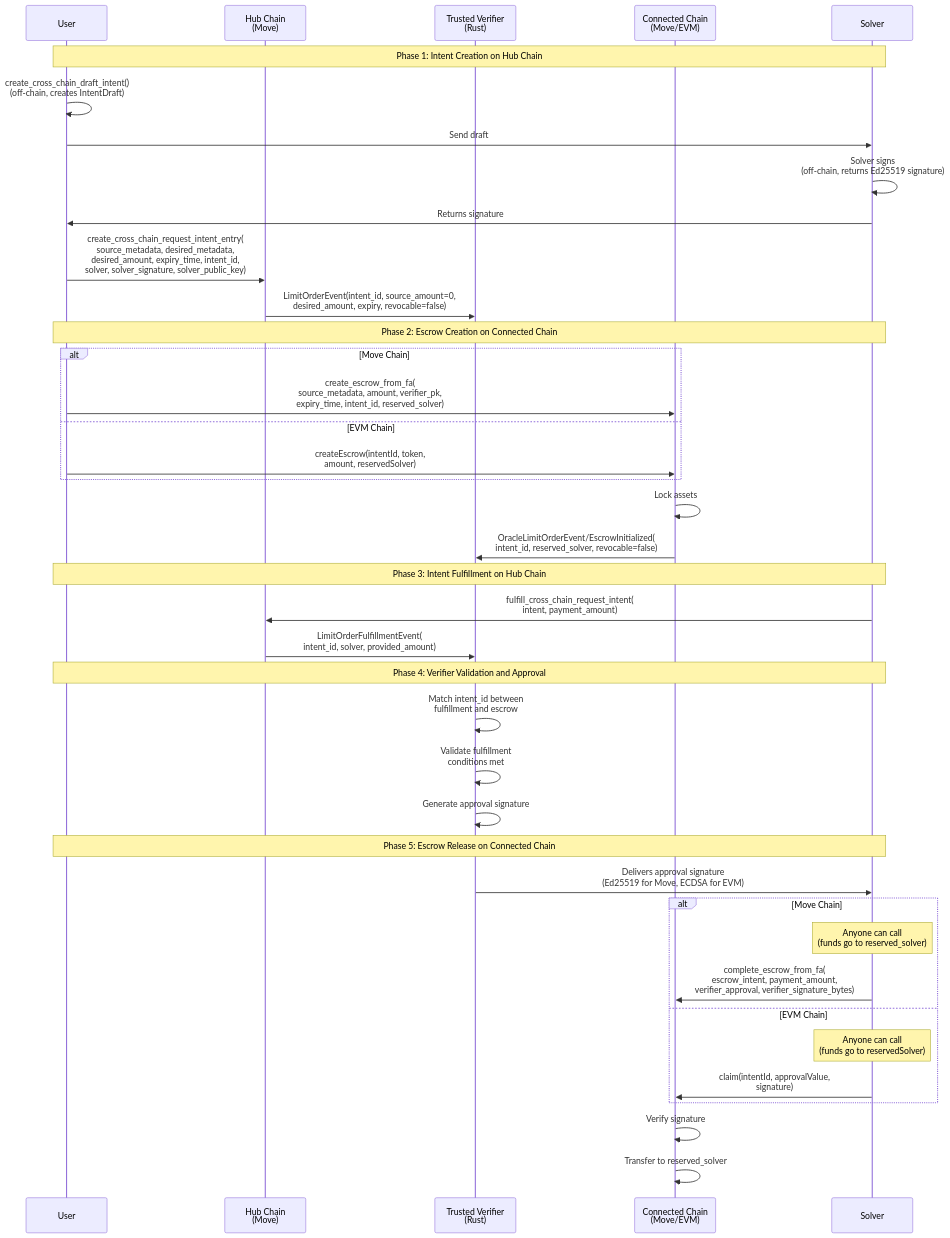
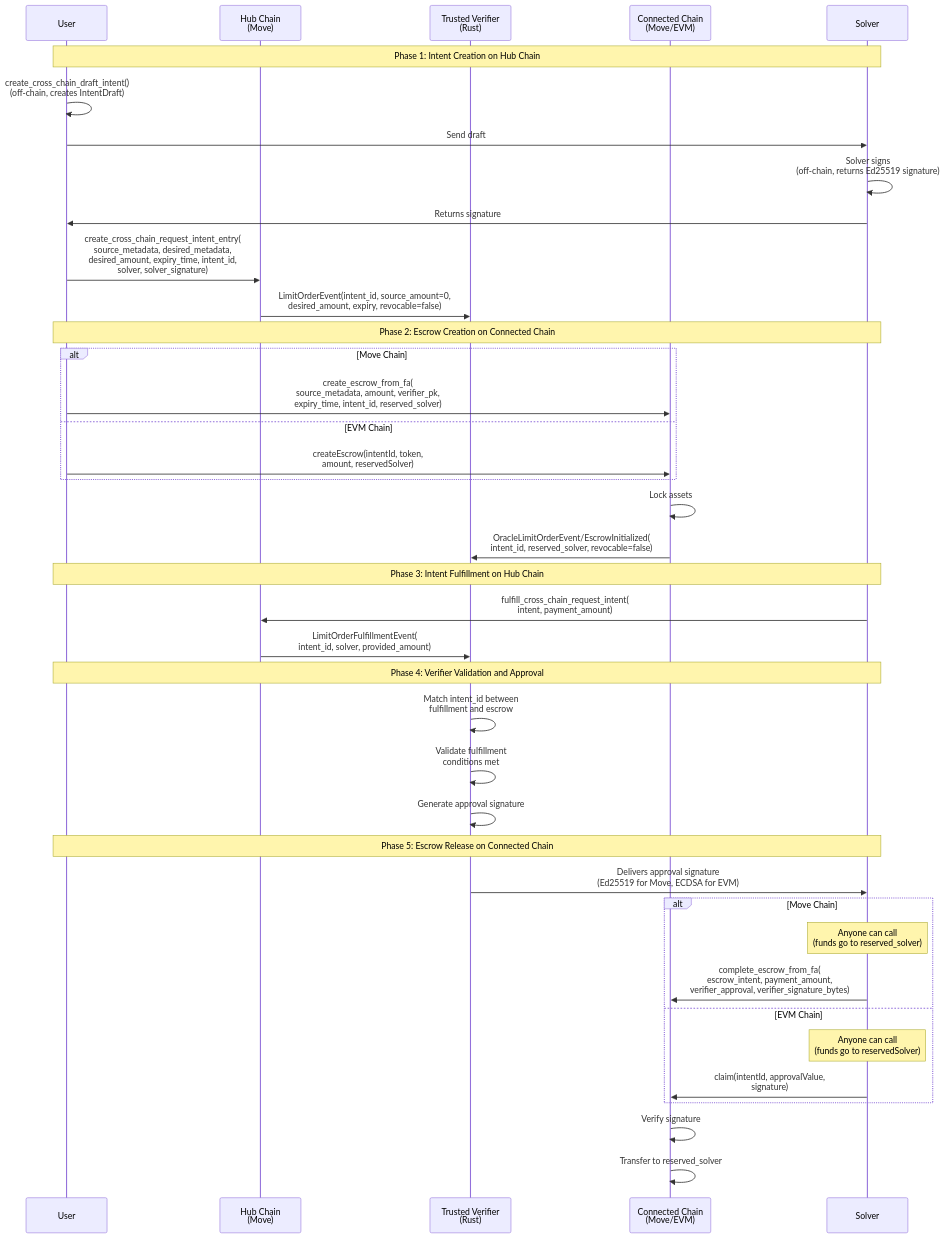
The first of 2 diagrams in docs/protocol.md (apenzk/int3nts), drawn with Mermaid before and after one commit. The commit also changed other lines of this file and 50 other files, not shown here.

First line of the commit message:
Feat/On-chain solver registry and EVM escrow support (#19)

````diff
--- a/docs/protocol.md
+++ b/docs/protocol.md
@@ -29,46 +29,46 @@
 ```mermaid
 sequenceDiagram
     participant User
     participant Hub as Hub Chain<br/>(Move)
     participant Verifier as Trusted Verifier<br/>(Rust)
     participant Connected as Connected Chain<br/>(Move/EVM)
     participant Solver
 
     Note over User,Solver: Phase 1: Intent Creation on Hub Chain
     User->>User: create_cross_chain_draft_intent()<br/>(off-chain, creates IntentDraft)
     User->>Solver: Send draft
     Solver->>Solver: Solver signs<br/>(off-chain, returns Ed25519 signature)
     Solver->>User: Returns signature
-    User->>Hub: create_cross_chain_request_intent_entry(<br/>source_metadata, desired_metadata,<br/>desired_amount, expiry_time, intent_id,<br/>solver, solver_signature, solver_public_key)
+    User->>Hub: create_cross_chain_request_intent_entry(<br/>source_metadata, desired_metadata,<br/>desired_amount, expiry_time, intent_id,<br/>solver, solver_signature)
     Hub->>Verifier: LimitOrderEvent(intent_id, source_amount=0,<br/>desired_amount, expiry, revocable=false)
 
     Note over User,Solver: Phase 2: Escrow Creation on Connected Chain
     alt Move Chain
         User->>Connected: create_escrow_from_fa(<br/>source_metadata, amount, verifier_pk,<br/>expiry_time, intent_id, reserved_solver)
     else EVM Chain
         User->>Connected: createEscrow(intentId, token,<br/>amount, reservedSolver)
     end
     Connected->>Connected: Lock assets
     Connected->>Verifier: OracleLimitOrderEvent/EscrowInitialized(<br/>intent_id, reserved_solver, revocable=false)
 
     Note over User,Solver: Phase 3: Intent Fulfillment on Hub Chain
     Solver->>Hub: fulfill_cross_chain_request_intent(<br/>intent, payment_amount)
     Hub->>Verifier: LimitOrderFulfillmentEvent(<br/>intent_id, solver, provided_amount)
 
     Note over User,Solver: Phase 4: Verifier Validation and Approval
     Verifier->>Verifier: Match intent_id between<br/>fulfillment and escrow
     Verifier->>Verifier: Validate fulfillment<br/>conditions met
     Verifier->>Verifier: Generate approval signature
 
     Note over User,Solver: Phase 5: Escrow Release on Connected Chain
     Verifier->>Solver: Delivers approval signature<br/>(Ed25519 for Move, ECDSA for EVM)
     alt Move Chain
         Note over Solver: Anyone can call<br/>(funds go to reserved_solver)
         Solver->>Connected: complete_escrow_from_fa(<br/>escrow_intent, payment_amount,<br/>verifier_approval, verifier_signature_bytes)
     else EVM Chain
         Note over Solver: Anyone can call<br/>(funds go to reservedSolver)
         Solver->>Connected: claim(intentId, approvalValue,<br/>signature)
     end
     Connected->>Connected: Verify signature
     Connected->>Connected: Transfer to reserved_solver
 ```
````
